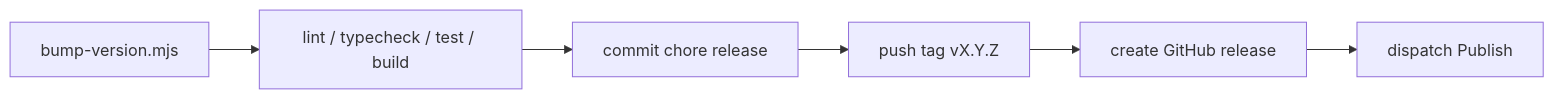
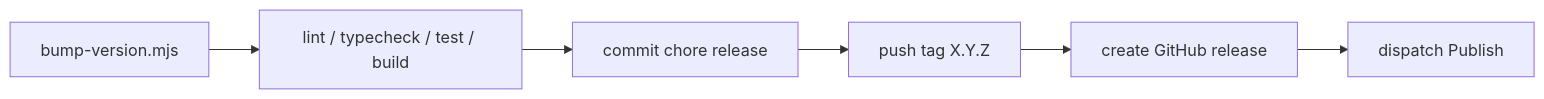
One commit to taicode-labs/clarify changed the diagram in .github/RELEASING.md. Above: the diagram before and after it, drawn with Mermaid. The commit also changed other lines of this file and 8 other files, not shown here.

````diff
--- a/.github/RELEASING.md
+++ b/.github/RELEASING.md
@@ -24,8 +24,8 @@
 ```mermaid
 flowchart LR
   A[bump-version.mjs] --> B[lint / typecheck / test / build]
   B --> C[commit chore release]
-  C --> D[push tag vX.Y.Z]
+  C --> D[push tag X.Y.Z]
   D --> E[create GitHub release]
   E --> F[dispatch Publish]
 ```
````
